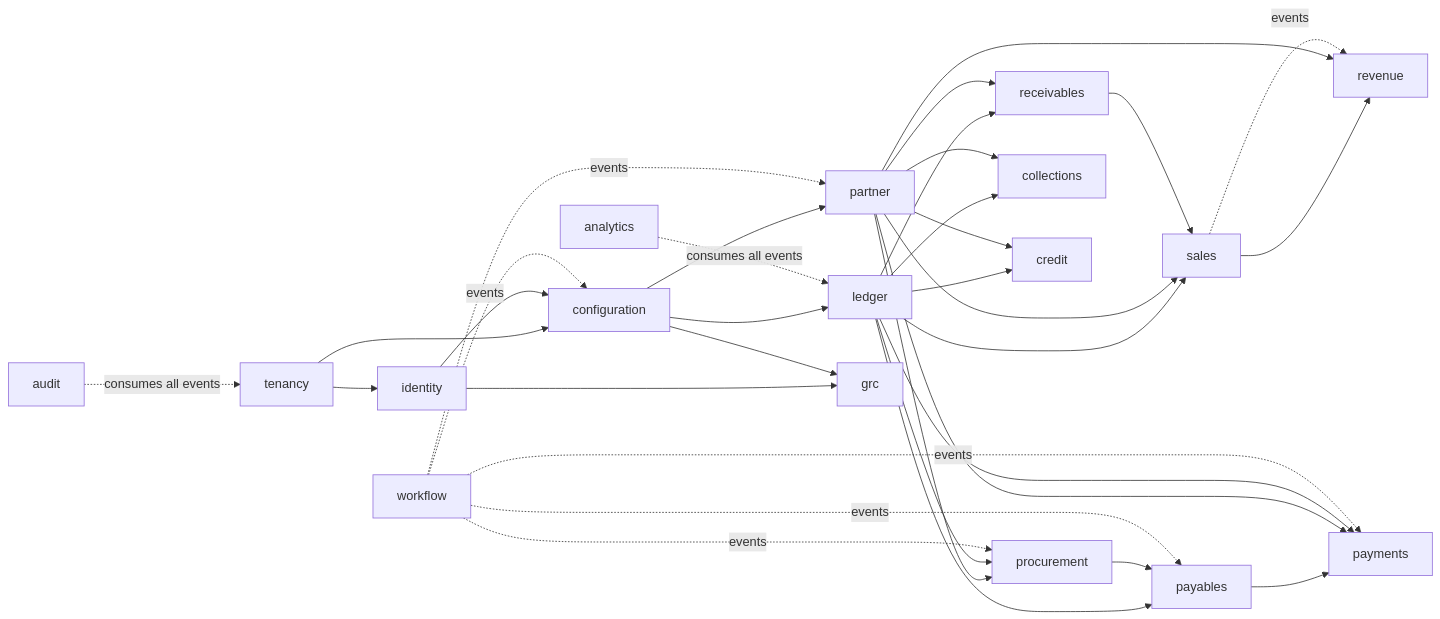
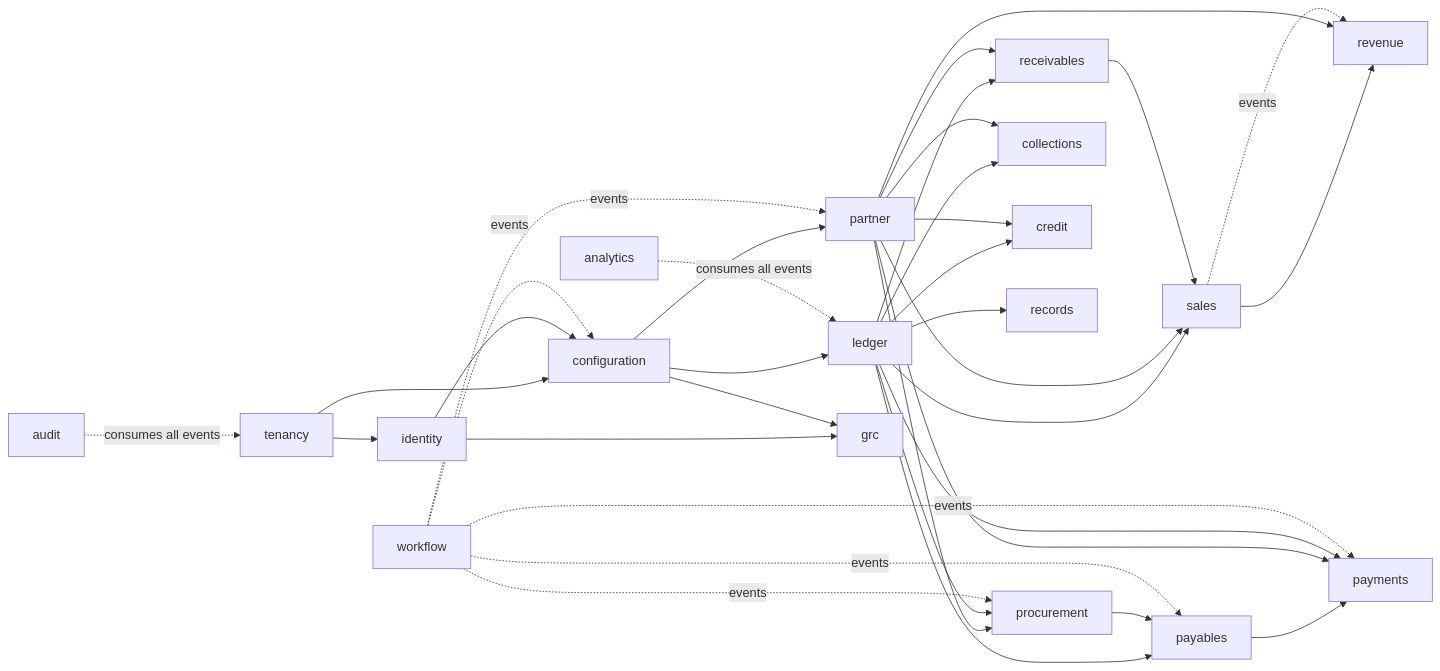
One commit to mustie7iy/agentic-erp changed the first of 2 diagrams in docs/design/02-architecture.md. Above: the diagram before and after it, drawn with Mermaid. The commit also changed other lines of this file and 37 other files, not shown here.

````diff
--- a/docs/design/02-architecture.md
+++ b/docs/design/02-architecture.md
@@ -71,36 +72,37 @@
 ```mermaid
 flowchart LR
   tenancy --> identity
   tenancy --> configuration
   identity --> configuration
   configuration --> partner
   configuration --> ledger
   partner --> procurement
   ledger --> procurement
   ledger --> payables
   procurement --> payables
   ledger --> receivables
   partner --> receivables
   ledger --> sales
   partner --> sales
   receivables --> sales
   ledger --> collections
   partner --> collections
   ledger --> credit
   partner --> credit
   sales --> revenue
   partner --> revenue
   sales -.events.-> revenue
   identity --> grc
+  ledger --> records
   configuration --> grc
   payables --> payments
   partner --> payments
   ledger --> payments
   workflow -.events.-> procurement
   workflow -.events.-> payables
   workflow -.events.-> payments
   workflow -.events.-> partner
   workflow -.events.-> configuration
   audit -.consumes all events.-> tenancy
   analytics -.consumes all events.-> ledger
 ```
````
